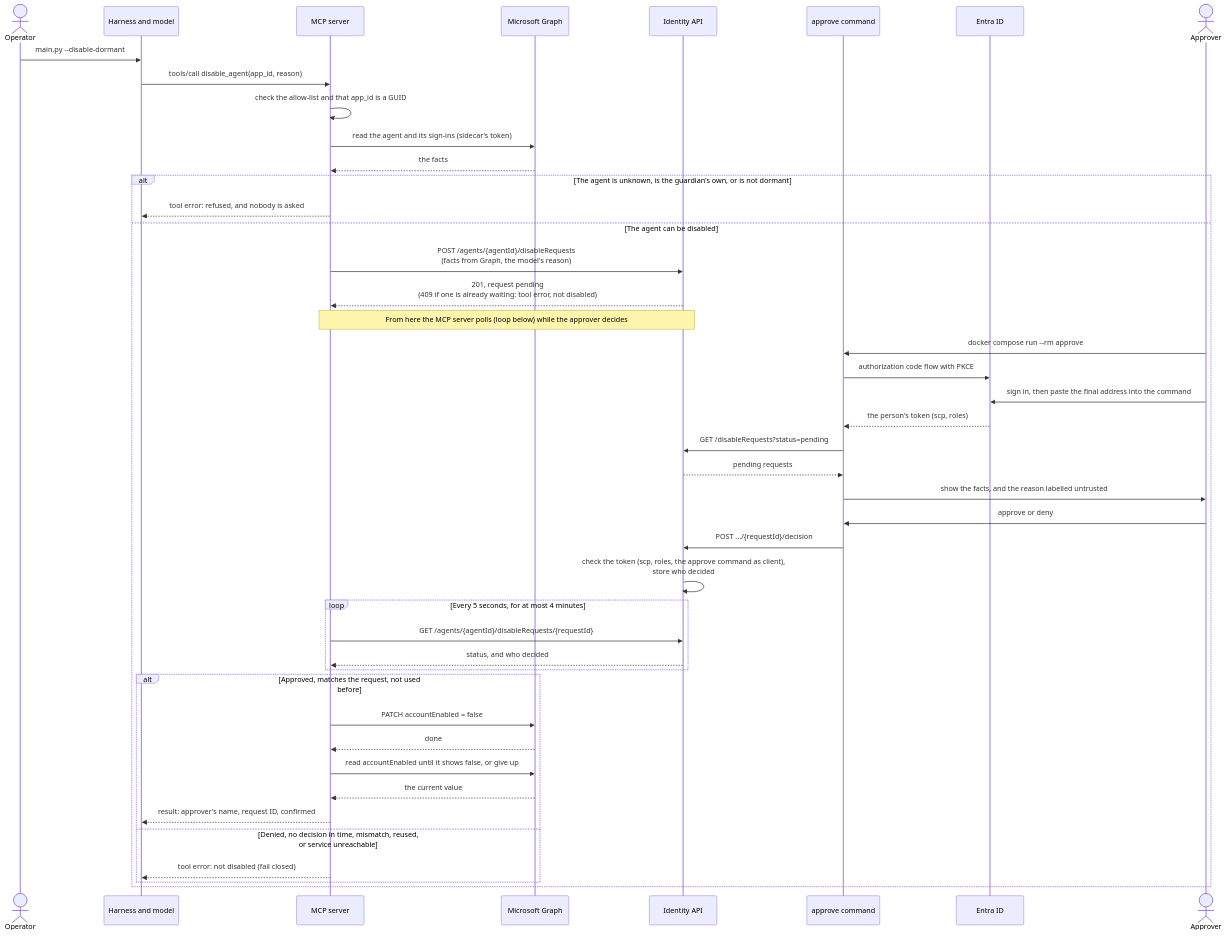
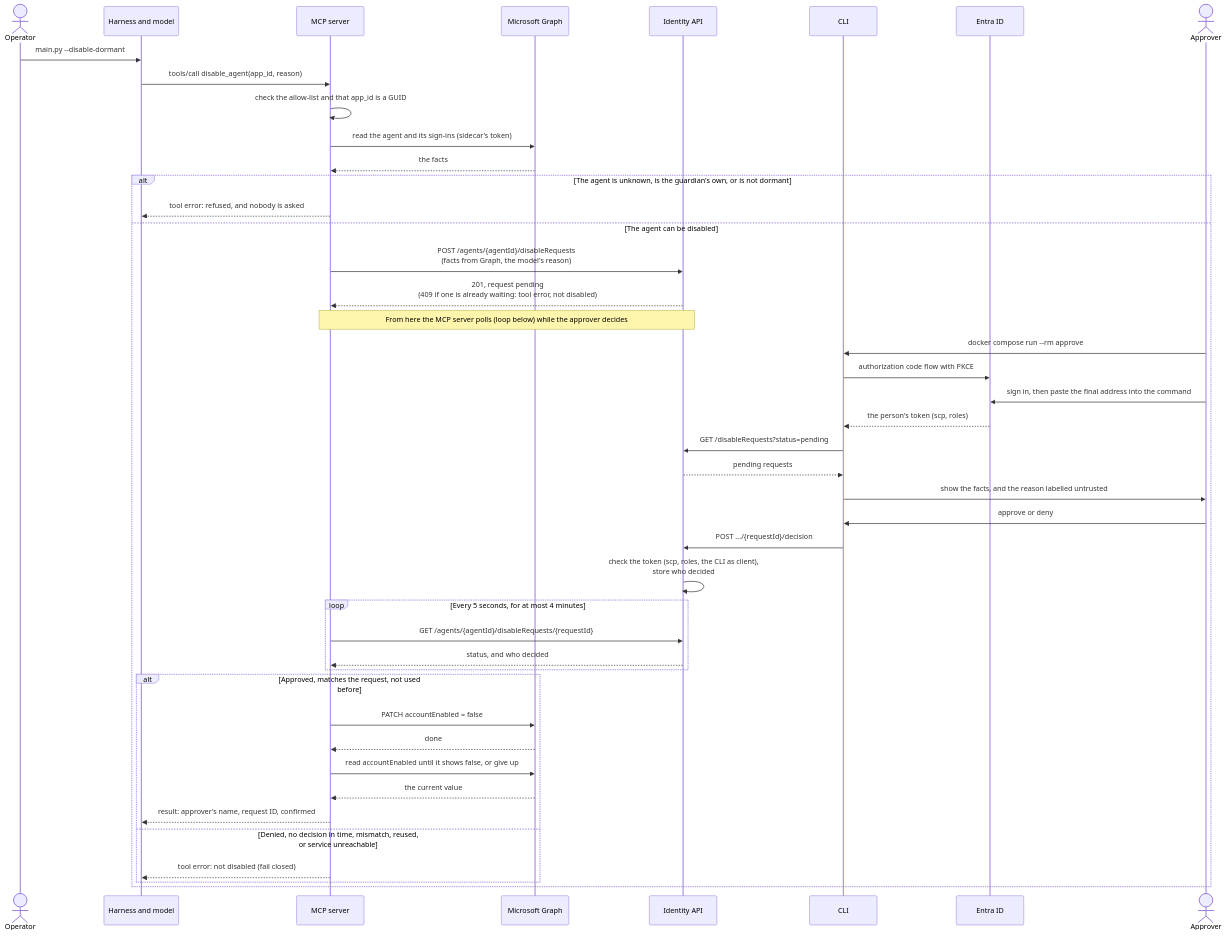
Before and after one commit to alireza-mpr/agent-steward: the third of 4 diagrams in docs/agent-steward-architecture.md, drawn with Mermaid. The commit also changed other lines of this file and 20 other files, not shown here.

Commit message:
docs: call the approver's client the CLI, not the approve command

````diff
--- a/docs/agent-steward-architecture.md
+++ b/docs/agent-steward-architecture.md
@@ -146,51 +146,51 @@
 ```mermaid
 sequenceDiagram
     actor O as Operator
     participant H as Harness and model
     participant M as MCP server
     participant G as Microsoft Graph
     participant A as Identity API
-    participant C as approve command
+    participant C as CLI
     participant E as Entra ID
     actor P as Approver
 
     O->>H: main.py --disable-dormant
     H->>M: tools/call disable_agent(app_id, reason)
     M->>M: check the allow-list and that app_id is a GUID
     M->>G: read the agent and its sign-ins (sidecar's token)
     G-->>M: the facts
 
     alt The agent is unknown, is the guardian's own, or is not dormant
         M-->>H: tool error: refused, and nobody is asked
     else The agent can be disabled
         M->>A: POST /agents/{agentId}/disableRequests<br/>(facts from Graph, the model's reason)
         A-->>M: 201, request pending<br/>(409 if one is already waiting: tool error, not disabled)
         Note over M,A: From here the MCP server polls (loop below) while the approver decides
 
         P->>C: docker compose run --rm approve
         C->>E: authorization code flow with PKCE
         P->>E: sign in, then paste the final address into the command
         E-->>C: the person's token (scp, roles)
         C->>A: GET /disableRequests?status=pending
         A-->>C: pending requests
         C->>P: show the facts, and the reason labelled untrusted
         P->>C: approve or deny
         C->>A: POST .../{requestId}/decision
-        A->>A: check the token (scp, roles, the approve command as client),<br/>store who decided
+        A->>A: check the token (scp, roles, the CLI as client),<br/>store who decided
 
         loop Every 5 seconds, for at most 4 minutes
             M->>A: GET /agents/{agentId}/disableRequests/{requestId}
             A-->>M: status, and who decided
         end
 
         alt Approved, matches the request, not used before
             M->>G: PATCH accountEnabled = false
             G-->>M: done
             M->>G: read accountEnabled until it shows false, or give up
             G-->>M: the current value
             M-->>H: result: approver's name, request ID, confirmed
         else Denied, no decision in time, mismatch, reused, or service unreachable
             M-->>H: tool error: not disabled (fail closed)
         end
     end
 ```
````
